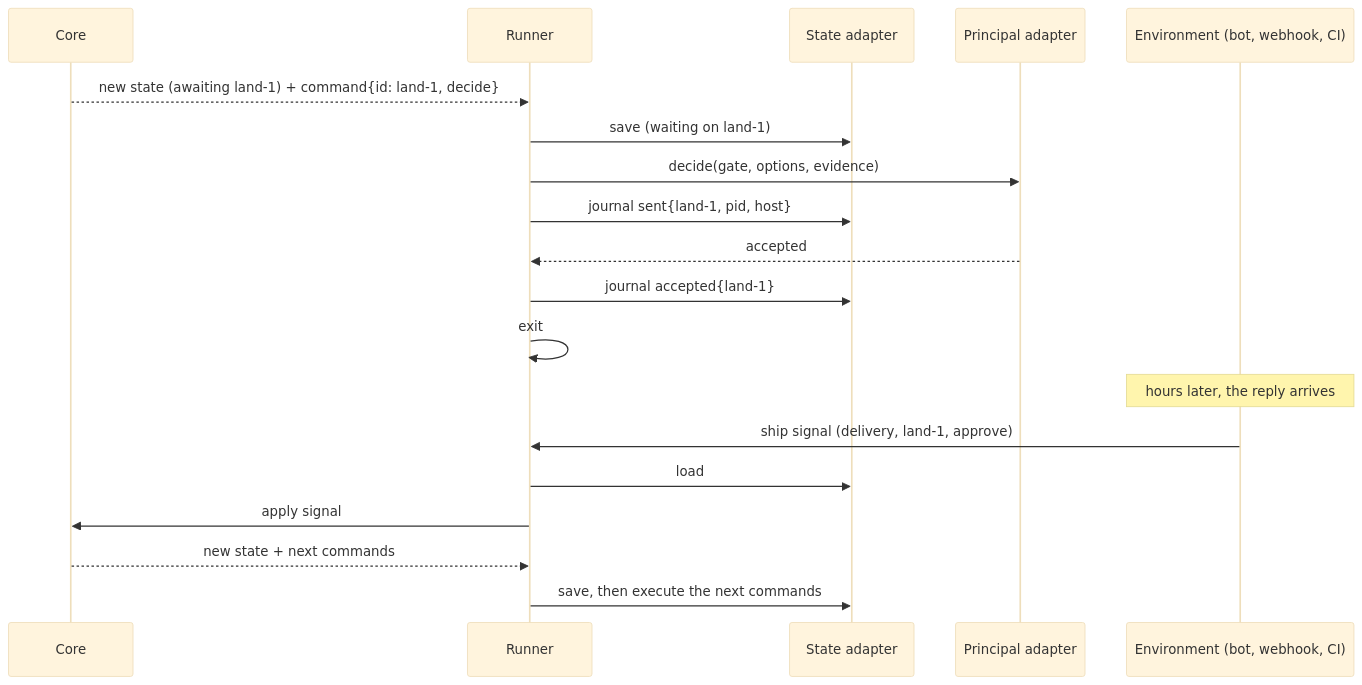
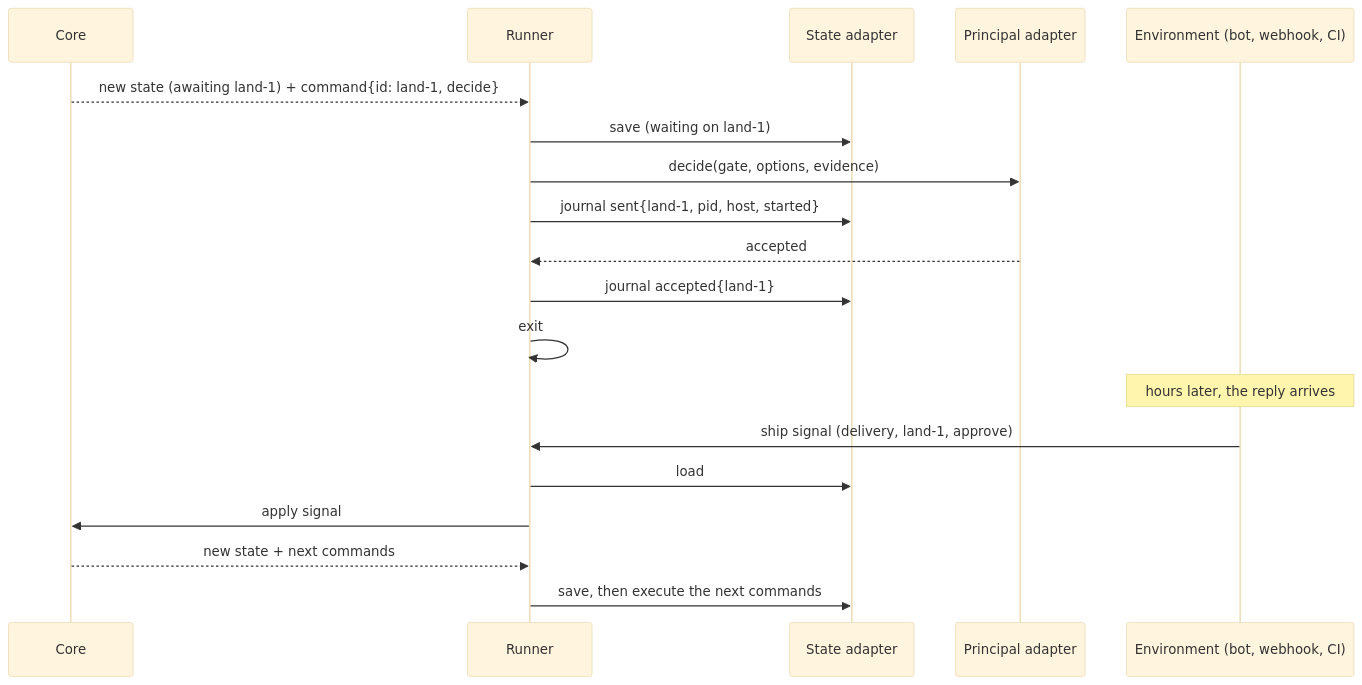
One commit to pehota/harlo changed the fourth of 4 diagrams in ship/docs/architecture.md. Above: the diagram before and after it, drawn with Mermaid (base theme). The commit also changed other lines of this file and 1 other file, not shown here.

````diff
--- a/ship/docs/architecture.md
+++ b/ship/docs/architecture.md
@@ -297,22 +300,22 @@
 ```mermaid
 sequenceDiagram
   participant Core
   participant Run as Runner
   participant St as State adapter
   participant Pr as Principal adapter
   participant Env as Environment (bot, webhook, CI)
 
   Core-->>Run: new state (awaiting land-1) + command{id: land-1, decide}
   Run->>St: save (waiting on land-1)
   Run->>Pr: decide(gate, options, evidence)
-  Run->>St: journal sent{land-1, pid, host}
+  Run->>St: journal sent{land-1, pid, host, started}
   Pr-->>Run: accepted
   Run->>St: journal accepted{land-1}
   Run->>Run: exit
   Note over Env: hours later, the reply arrives
   Env->>Run: ship signal (delivery, land-1, approve)
   Run->>St: load
   Run->>Core: apply signal
   Core-->>Run: new state + next commands
   Run->>St: save, then execute the next commands
 ```
````
